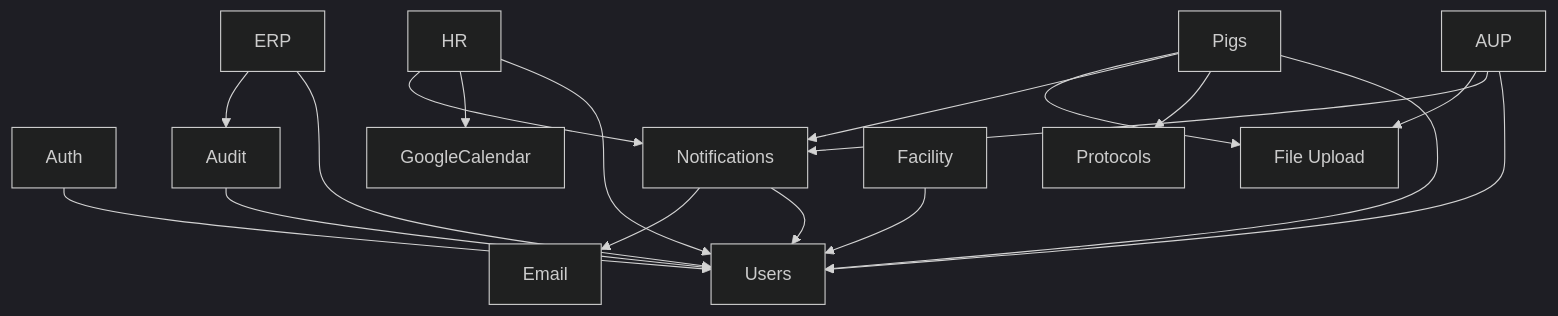
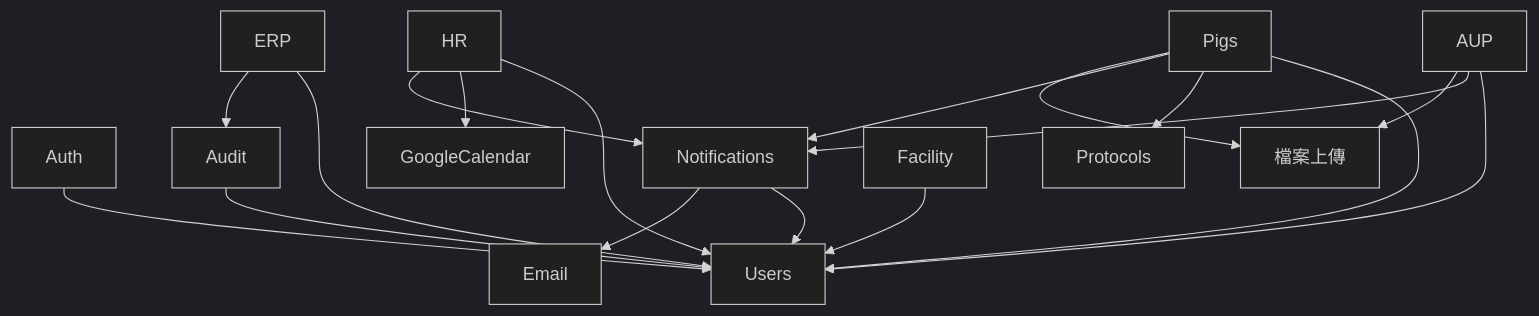
The diagram in Profiling_Spec/03_MODULES_AND_BOUNDARIES.md (delightening/ipig_system), drawn with Mermaid (dark theme) before and after one commit. The commit also changed other lines of this file and 24 other files, not shown here.

````diff
--- a/Profiling_Spec/03_MODULES_AND_BOUNDARIES.md
+++ b/Profiling_Spec/03_MODULES_AND_BOUNDARIES.md
@@ -279,20 +279,20 @@
 ```mermaid
 graph TD
     Auth --> Users
     AUP --> Users
     AUP --> Notifications
-    AUP --> Documents[File Upload]
+    AUP --> Documents[檔案上傳]
     Pigs --> Users
     Pigs --> Protocols
     Pigs --> Notifications
     Pigs --> Documents
     ERP --> Users
     ERP --> Audit
     HR --> Users
     HR --> GoogleCalendar
     HR --> Notifications
     Facility --> Users
     Audit --> Users
     Notifications --> Users
     Notifications --> Email
 ```
````
